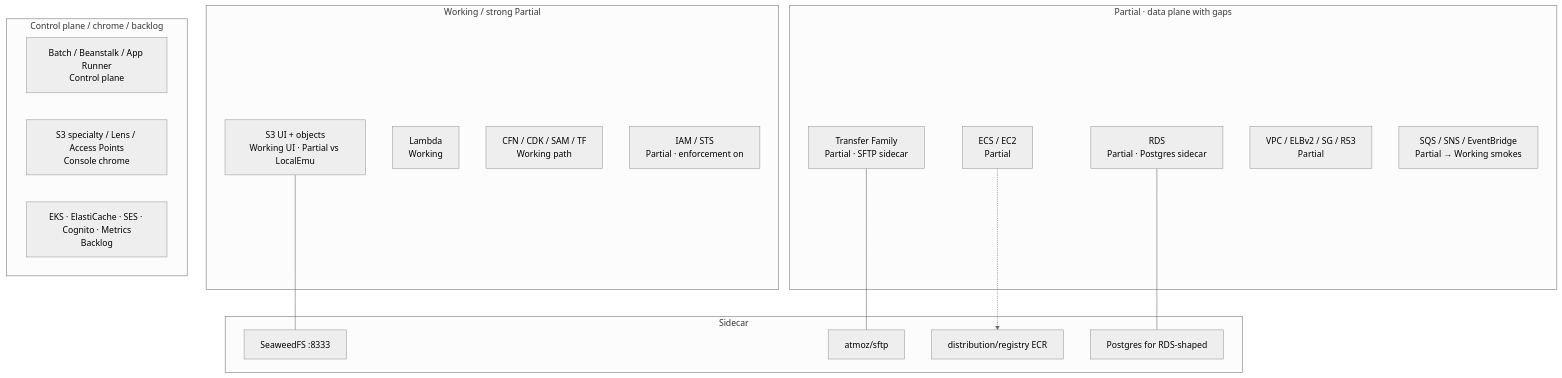
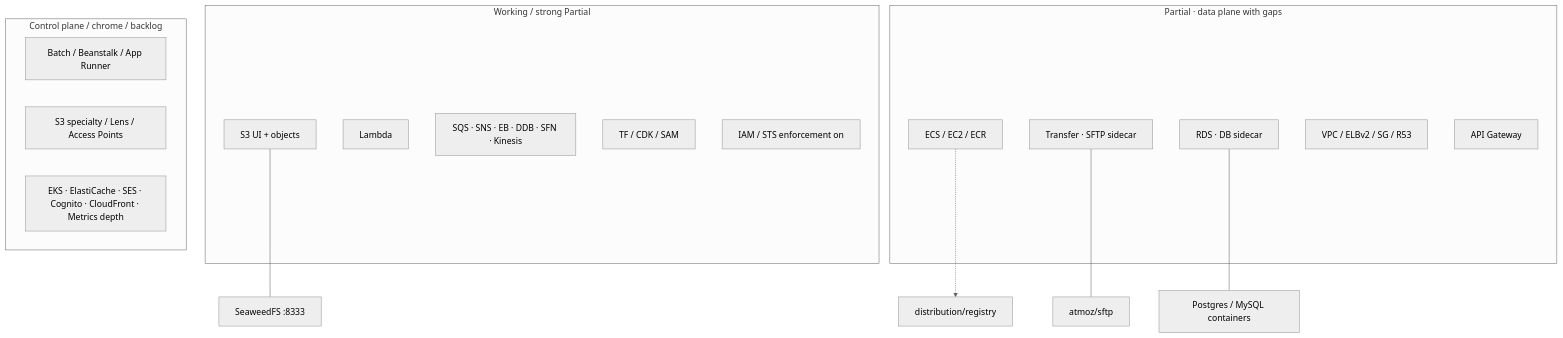
One commit to kgz/stackwrangler changed the diagram in docs-site/guide/completeness.md. Above: the diagram before and after it, drawn with Mermaid (neutral theme). The commit also changed other lines of this file and 7 other files, not shown here.

First line of the commit message:
Fix docs-site dayjs/mermaid and local base path.

````diff
--- a/docs-site/guide/completeness.md
+++ b/docs-site/guide/completeness.md
@@ -18,35 +96,29 @@
 ```mermaid
 flowchart TB
   subgraph working [Working / strong Partial]
-    S3["S3 UI + objects<br/>Working UI · Partial vs LocalEmu"]
-    LAMBDA["Lambda<br/>Working"]
-    CFN["CFN / CDK / SAM / TF<br/>Working path"]
-    IAM["IAM / STS<br/>Partial · enforcement on"]
+    S3["S3 UI + objects"]
+    LAMBDA["Lambda"]
+    MSG["SQS · SNS · EB · DDB · SFN · Kinesis"]
+    CFN["TF / CDK / SAM"]
+    IAM["IAM / STS enforcement on"]
   end
 
   subgraph partial [Partial · data plane with gaps]
-    ECS["ECS / EC2<br/>Partial"]
-    XFER["Transfer Family<br/>Partial · SFTP sidecar"]
-    RDS["RDS<br/>Partial · Postgres sidecar"]
-    NET["VPC / ELBv2 / SG / R53<br/>Partial"]
-    MSG["SQS / SNS / EventBridge<br/>Partial → Working smokes"]
-  end
-
-  subgraph sidecar [Sidecar]
-    SW["SeaweedFS :8333"]
-    SFTP["atmoz/sftp"]
-    ECRR["distribution/registry ECR"]
-    PG["Postgres for RDS-shaped"]
+    ECS["ECS / EC2 / ECR"]
+    XFER["Transfer · SFTP sidecar"]
+    RDS["RDS · DB sidecar"]
+    NET["VPC / ELBv2 / SG / R53"]
+    APIGW["API Gateway"]
   end
 
   subgraph stubs [Control plane / chrome / backlog]
-    BATCH["Batch / Beanstalk / App Runner<br/>Control plane"]
-    EMPTY["S3 specialty / Lens / Access Points<br/>Console chrome"]
-    BL["EKS · ElastiCache · SES · Cognito · Metrics<br/>Backlog"]
+    BATCH["Batch / Beanstalk / App Runner"]
+    EMPTY["S3 specialty / Lens / Access Points"]
+    BL["EKS · ElastiCache · SES · Cognito · CloudFront · Metrics depth"]
   end
 
-  S3 --- SW
-  XFER --- SFTP
-  RDS --- PG
-  ECS -.-> ECRR
+  S3 --- SW["SeaweedFS :8333"]
+  XFER --- SFTP["atmoz/sftp"]
+  RDS --- PG["Postgres / MySQL containers"]
+  ECS -.-> ECRR["distribution/registry"]
 ```
````
